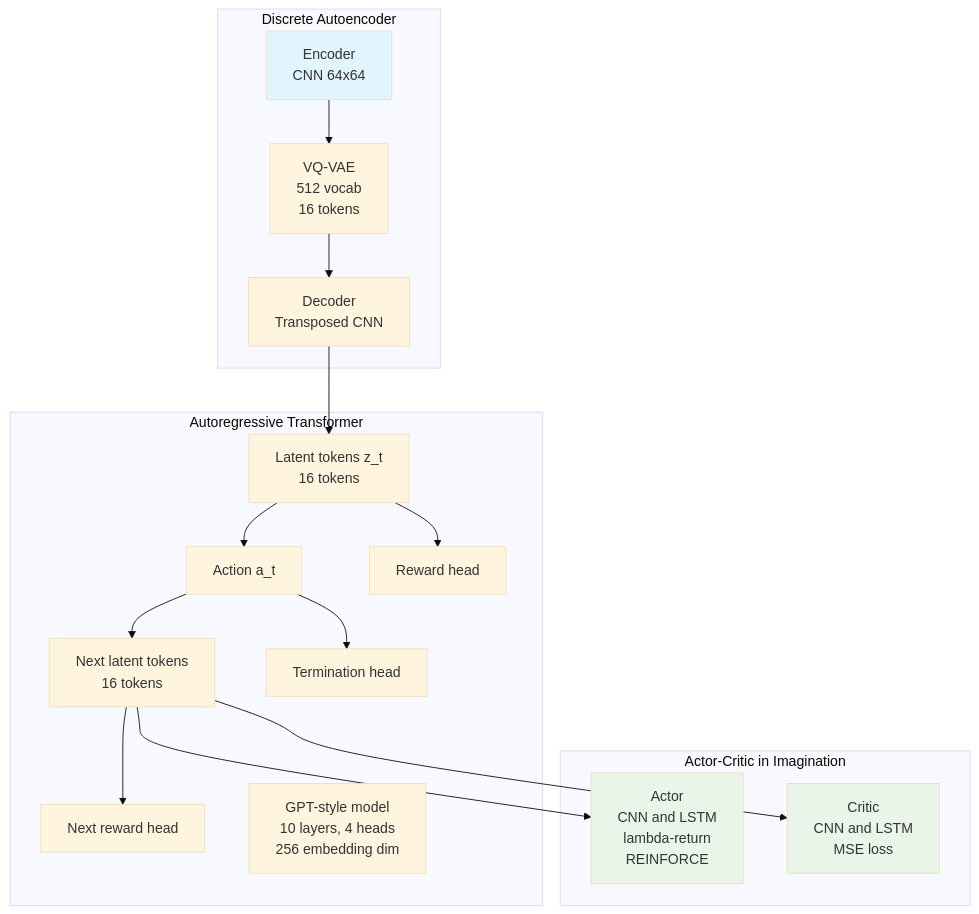
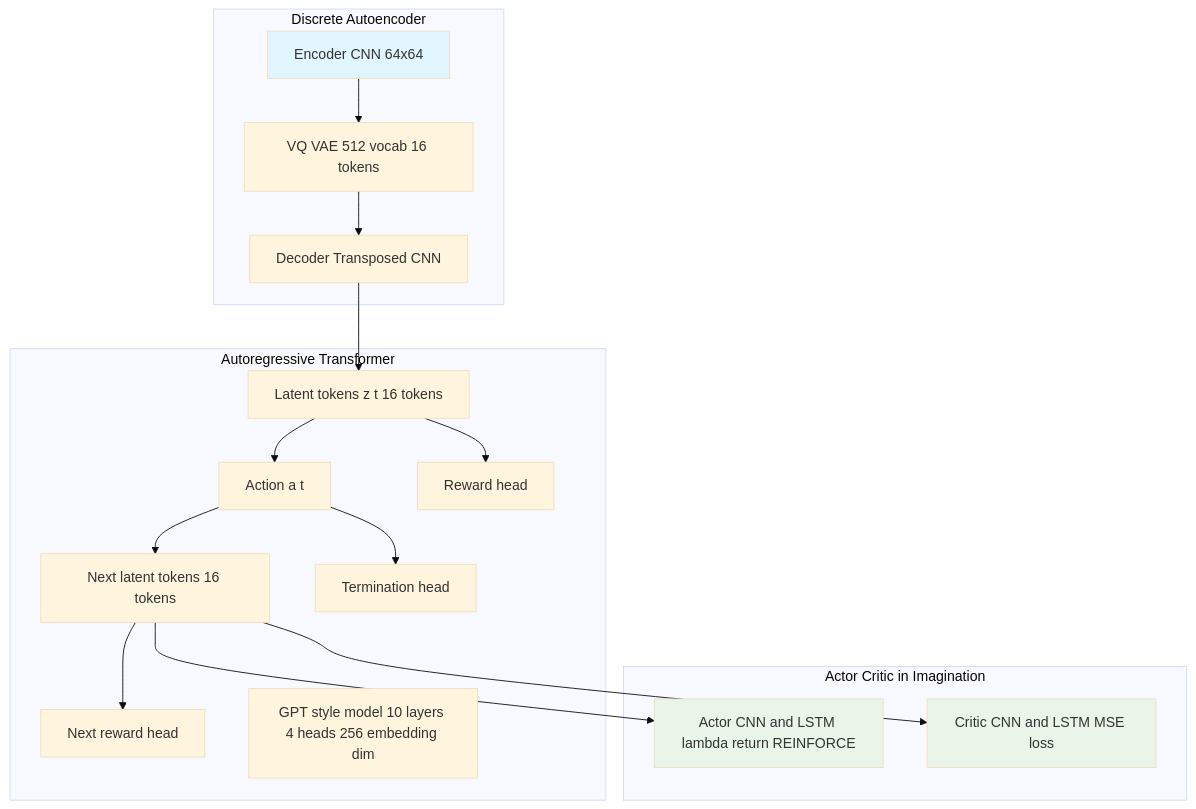
Before and after one commit to ParamThakkar123/torchwm: the diagram in docs/source/iris.md, drawn with Mermaid (base theme). The commit also changed 5 other files, not shown here.

Commit message:
Prevent Mermaid diagrams from rerendering as errors

````diff
--- a/docs/source/iris.md
+++ b/docs/source/iris.md
@@ -17,29 +17,29 @@
 ```{mermaid}
-graph TD
-    subgraph autoencoder["Discrete Autoencoder"]
-        A["Encoder<br/>CNN 64x64"] --> B["VQ-VAE<br/>512 vocab<br/>16 tokens"]
-        B --> C["Decoder<br/>Transposed CNN"]
+flowchart TD
+    subgraph autoencoder [Discrete Autoencoder]
+        A[Encoder CNN 64x64] --> B[VQ VAE 512 vocab 16 tokens]
+        B --> C[Decoder Transposed CNN]
     end
 
-    subgraph transformer["Autoregressive Transformer"]
-        D["Latent tokens z_t<br/>16 tokens"] --> E["Action a_t"]
-        E --> F["Next latent tokens<br/>16 tokens"]
-        D --> G["Reward head"]
-        E --> H["Termination head"]
-        F --> I["Next reward head"]
-        J["GPT-style model<br/>10 layers, 4 heads<br/>256 embedding dim"]
+    subgraph transformer [Autoregressive Transformer]
+        D[Latent tokens z t 16 tokens] --> E[Action a t]
+        E --> F[Next latent tokens 16 tokens]
+        D --> G[Reward head]
+        E --> H[Termination head]
+        F --> I[Next reward head]
+        J[GPT style model 10 layers 4 heads 256 embedding dim]
     end
 
-    subgraph imagination["Actor-Critic in Imagination"]
-        K["Actor<br/>CNN and LSTM<br/>lambda-return<br/>REINFORCE"]
-        L["Critic<br/>CNN and LSTM<br/>MSE loss"]
+    subgraph imagination [Actor Critic in Imagination]
+        K[Actor CNN and LSTM lambda return REINFORCE]
+        L[Critic CNN and LSTM MSE loss]
     end
 
     C --> D
     F --> K
     F --> L
 
     style A fill:#e1f5fe
     style K fill:#e8f5e8
     style L fill:#e8f5e8
 ```
````
